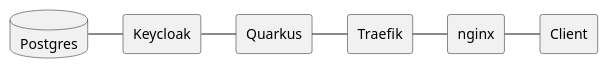
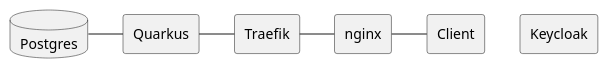
The diagram in asciidocs/system-specification.adoc (htl-leonding-project/questionz), drawn with PlantUML before and after one commit. The commit also changed 9 other files, not shown here.

```diff
--- a/asciidocs/system-specification.adoc
+++ b/asciidocs/system-specification.adoc
@@ -81,19 +81,18 @@
 [plantuml,systemarchitektur,png]
 ----
 @startuml
     database Postgres
     rectangle Keycloak
     rectangle Quarkus
     rectangle Traefik
     rectangle nginx
     rectangle Client
 
 
 
-    Postgres - Keycloak
-    Keycloak - Quarkus
+    Postgres - Quarkus
     Quarkus - Traefik
     Traefik - nginx
-nginx - Client
+    nginx - Client
 @enduml
 ----
```
